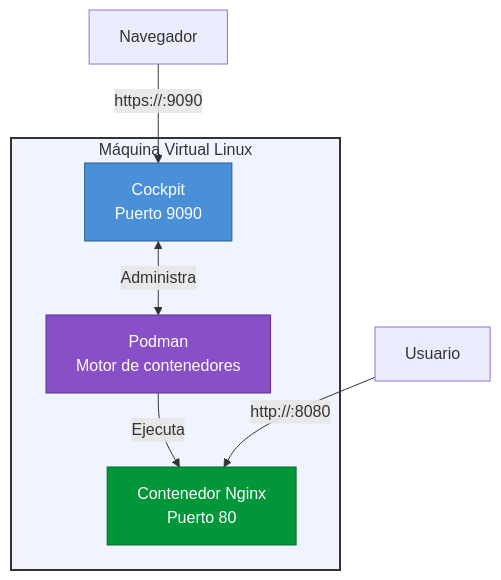
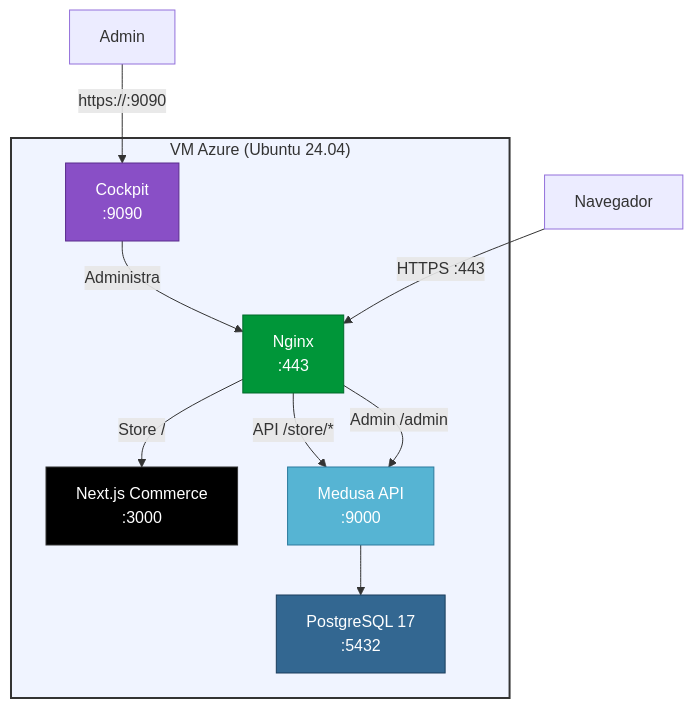
The diagram in README.md (Damianpiazz/podman-cockpit-deployment), drawn with Mermaid before and after one commit. The commit also changed other lines of this file and 238 other files, not shown here.

````diff
--- a/README.md
+++ b/README.md
@@ -36,19 +11,26 @@
 ```mermaid
 graph TB
-    subgraph VM["Máquina Virtual Linux"]
-        Cockpit["Cockpit\nPuerto 9090"]
-        Podman["Podman\nMotor de contenedores"]
-        Nginx["Contenedor Nginx\nPuerto 80"]
+    subgraph Azure["VM Azure (Ubuntu 24.04)"]
+        Cockpit["Cockpit\n:9090"]
+        Nginx["Nginx\n:443"]
+        Nextjs["Next.js Commerce\n:3000"]
+        Medusa["Medusa API\n:9000"]
+        PG["PostgreSQL 17\n:5432"]
 
-        Cockpit <-->|Administra| Podman
-        Podman -->|Ejecuta| Nginx
+        Nginx -->|"Store /"| Nextjs
+        Nginx -->|"API /store/*"| Medusa
+        Nginx -->|"Admin /admin"| Medusa
+        Medusa --> PG
+        Cockpit -->|"Administra"| Nginx
     end
 
-    Browser["Navegador"] -->|https://:9090| Cockpit
-    Usuario["Usuario"] -->|http://:8080| Nginx
+    Browser["Navegador"] -->|"HTTPS :443"| Nginx
+    User["Admin"] -->|"https://:9090"| Cockpit
 
-    style VM fill:#f0f4ff,stroke:#333,stroke-width:2px
-    style Cockpit fill:#4a90d9,stroke:#2c5f8a,color:#fff
-    style Podman fill:#894fc6,stroke:#5b2d8e,color:#fff
+    style Azure fill:#f0f4ff,stroke:#333,stroke-width:2px
     style Nginx fill:#009639,stroke:#006b2b,color:#fff
+    style Nextjs fill:#000,stroke:#333,color:#fff
+    style Medusa fill:#56b4d3,stroke:#2c7a9e,color:#fff
+    style PG fill:#336791,stroke:#1a3d5c,color:#fff
+    style Cockpit fill:#894fc6,stroke:#5b2d8e,color:#fff
 ```
````
